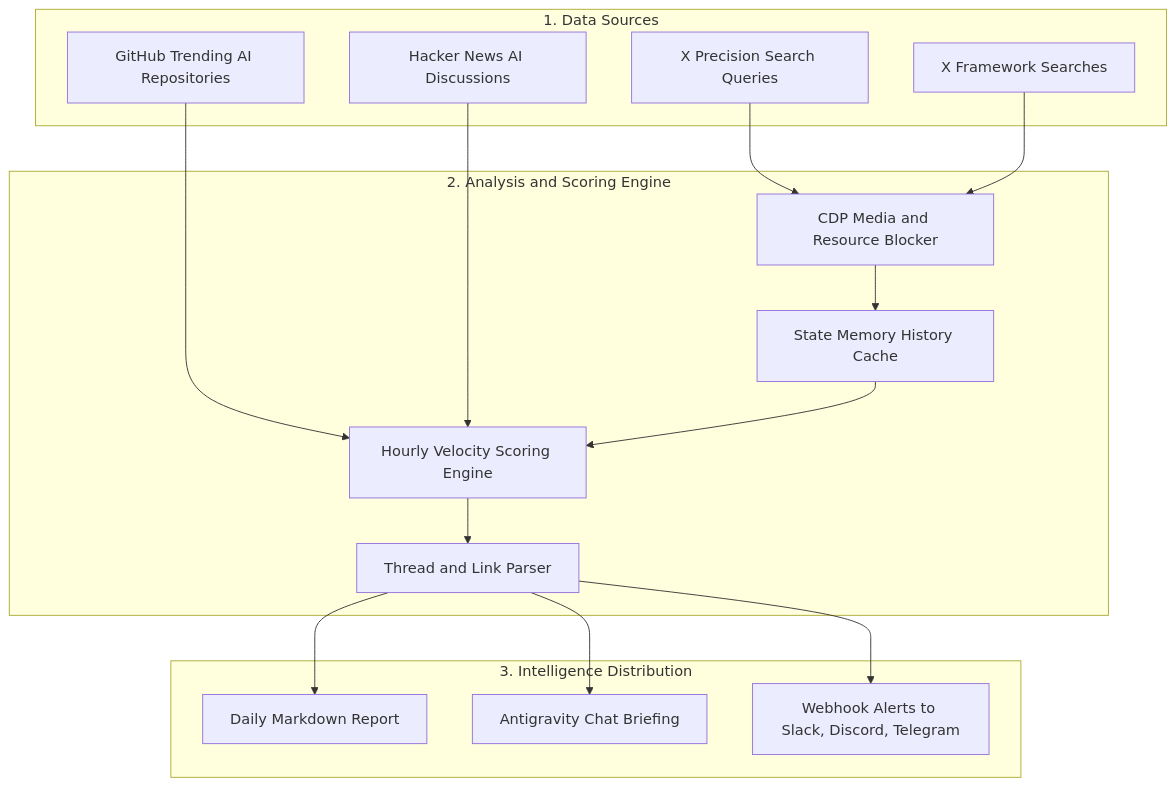
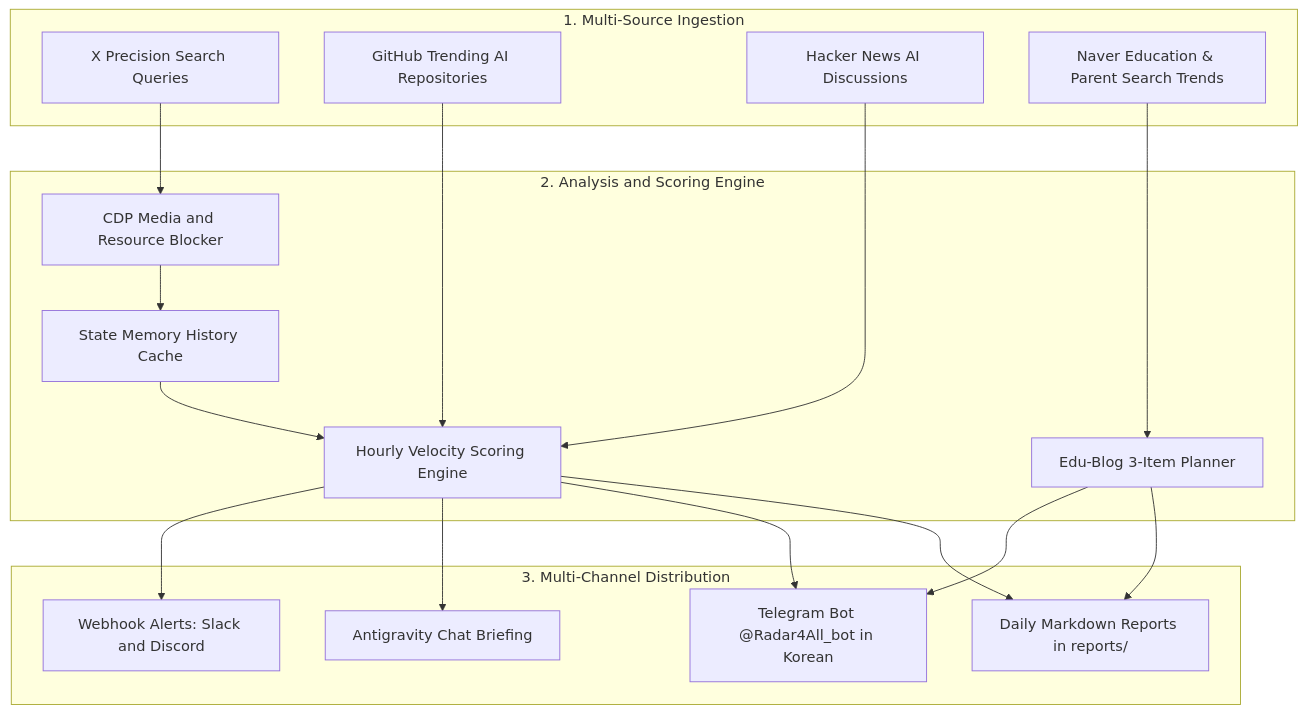
One commit to nanbada/X-AI-Radar changed the diagram in AGENTS.md. Above: the diagram before and after it, drawn with Mermaid. The commit also changed other lines of this file and 3 other files, not shown here.

Commit message:
docs: sync all documentation (README, README_KO, SKILL, AGENTS) with v2.2 dual-engine architecture

````diff
--- a/AGENTS.md
+++ b/AGENTS.md
@@ -25,33 +25,36 @@
 ```mermaid
 graph TD
-    subgraph S1 [1. Data Sources]
+    subgraph S1 [1. Multi-Source Ingestion]
         A1[X Precision Search Queries]
-        A2[X Framework Searches]
-        A3[GitHub Trending AI Repositories]
-        A4[Hacker News AI Discussions]
+        A2[GitHub Trending AI Repositories]
+        A3[Hacker News AI Discussions]
+        A4[Naver Education & Parent Search Trends]
     end
 
     subgraph S2 [2. Analysis and Scoring Engine]
         B1[CDP Media and Resource Blocker]
         B2[State Memory History Cache]
         B3[Hourly Velocity Scoring Engine]
-        B4[Thread and Link Parser]
+        B4[Edu-Blog 3-Item Planner]
     end
 
-    subgraph S3 [3. Intelligence Distribution]
-        C1[Daily Markdown Report]
+    subgraph S3 [3. Multi-Channel Distribution]
+        C1[Daily Markdown Reports in reports/]
         C2[Antigravity Chat Briefing]
-        C3[Webhook Alerts to Slack, Discord, Telegram]
+        C3[Telegram Bot @Radar4All_bot in Korean]
+        C4[Webhook Alerts: Slack and Discord]
     end
 
     A1 --> B1
-    A2 --> B1
+    A2 --> B3
     A3 --> B3
-    A4 --> B3
+    A4 --> B4
     B1 --> B2
     B2 --> B3
-    B3 --> B4
+    B3 --> C1
+    B3 --> C3
     B4 --> C1
-    B4 --> C2
     B4 --> C3
+    B3 --> C2
+    B3 --> C4
 ```
````
